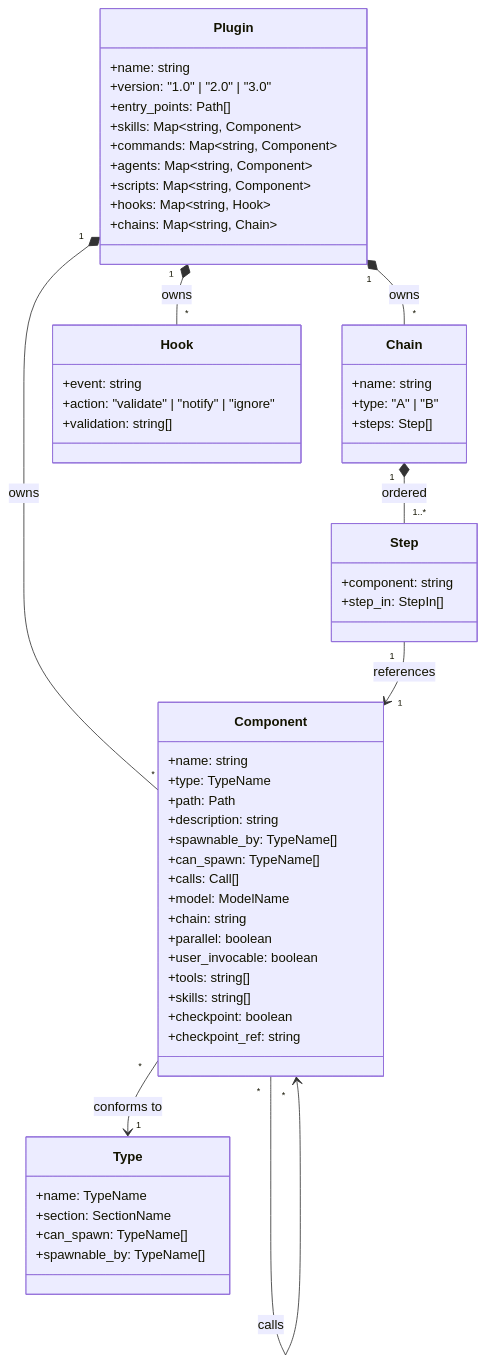
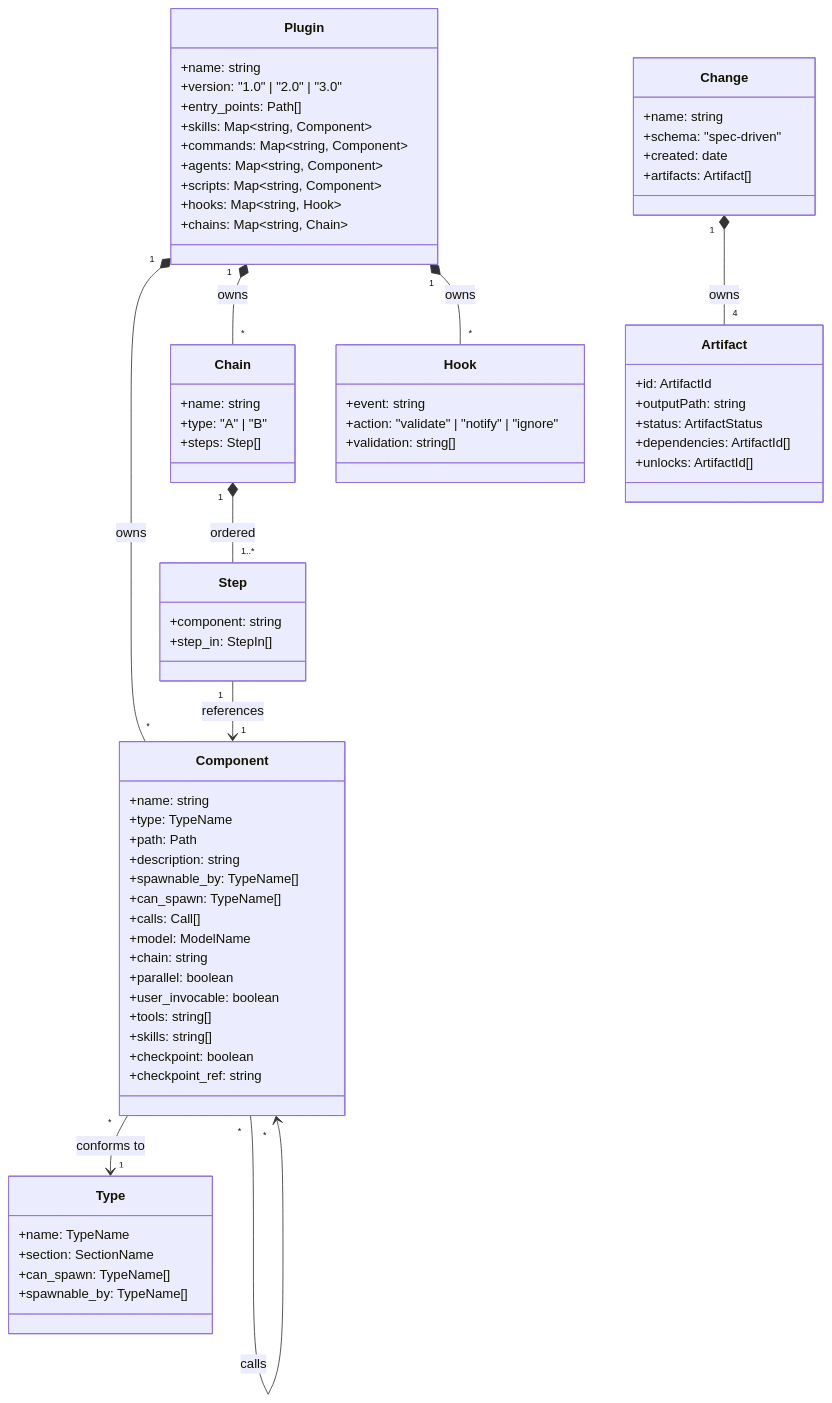
One commit to shuu5/twill changed the first of 2 diagrams in cli/twl/architecture/domain/model.md. Above: the diagram before and after it, drawn with Mermaid. The commit also changed other lines of this file and 9 other files, not shown here.

First line of the commit message:
docs(twl): architecture spec for deltaspec merge + package restructure

````diff
--- a/cli/twl/architecture/domain/model.md
+++ b/cli/twl/architecture/domain/model.md
@@ -3,58 +3,72 @@
 ```mermaid
 classDiagram
     class Plugin {
         +name: string
         +version: "1.0" | "2.0" | "3.0"
         +entry_points: Path[]
         +skills: Map~string, Component~
         +commands: Map~string, Component~
         +agents: Map~string, Component~
         +scripts: Map~string, Component~
         +hooks: Map~string, Hook~
         +chains: Map~string, Chain~
     }
     class Component {
         +name: string
         +type: TypeName
         +path: Path
         +description: string
         +spawnable_by: TypeName[]
         +can_spawn: TypeName[]
         +calls: Call[]
         +model: ModelName
         +chain: string
         +parallel: boolean
         +user_invocable: boolean
         +tools: string[]
         +skills: string[]
         +checkpoint: boolean
         +checkpoint_ref: string
     }
     class Type {
         +name: TypeName
         +section: SectionName
         +can_spawn: TypeName[]
         +spawnable_by: TypeName[]
     }
     class Chain {
         +name: string
         +type: "A" | "B"
         +steps: Step[]
     }
     class Step {
         +component: string
         +step_in: StepIn[]
     }
     class Hook {
         +event: string
         +action: "validate" | "notify" | "ignore"
         +validation: string[]
     }
+    class Change {
+        +name: string
+        +schema: "spec-driven"
+        +created: date
+        +artifacts: Artifact[]
+    }
+    class Artifact {
+        +id: ArtifactId
+        +outputPath: string
+        +status: ArtifactStatus
+        +dependencies: ArtifactId[]
+        +unlocks: ArtifactId[]
+    }
     Plugin "1" *-- "*" Component : owns
     Plugin "1" *-- "*" Chain : owns
     Plugin "1" *-- "*" Hook : owns
     Component "*" --> "1" Type : conforms to
     Chain "1" *-- "1..*" Step : ordered
     Step "1" --> "1" Component : references
     Component "*" --> "*" Component : calls
+    Change "1" *-- "4" Artifact : owns
 ```
````
